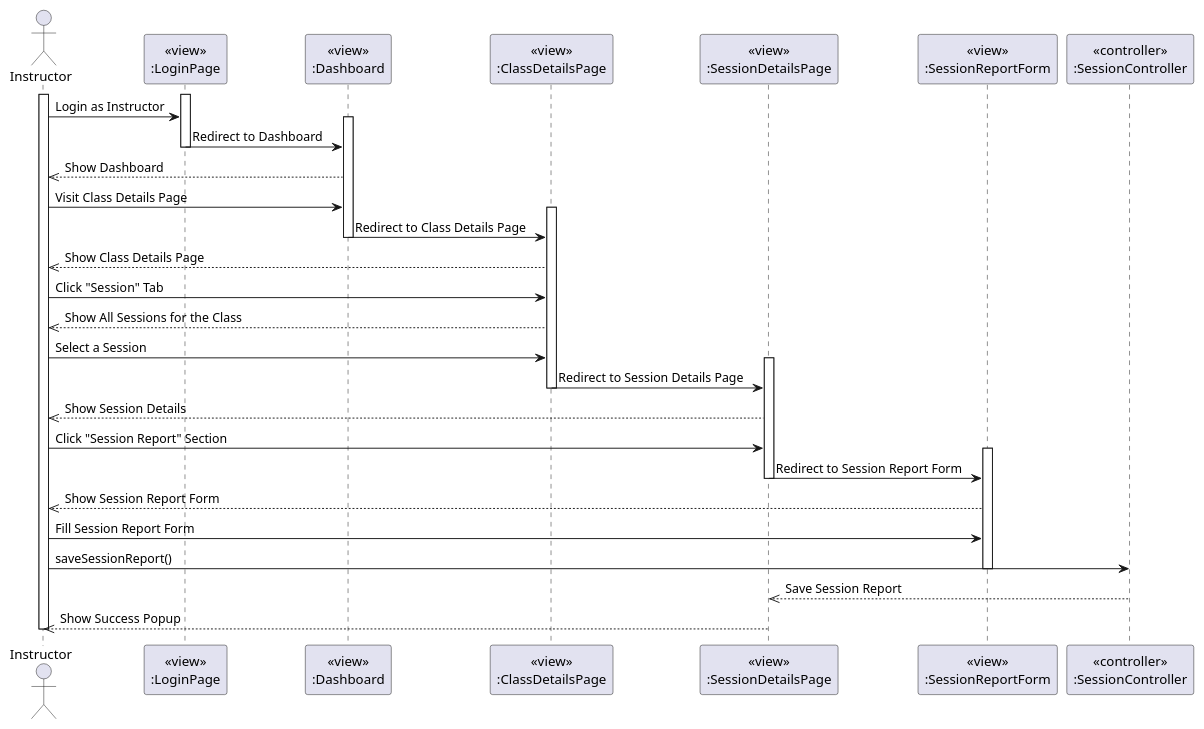
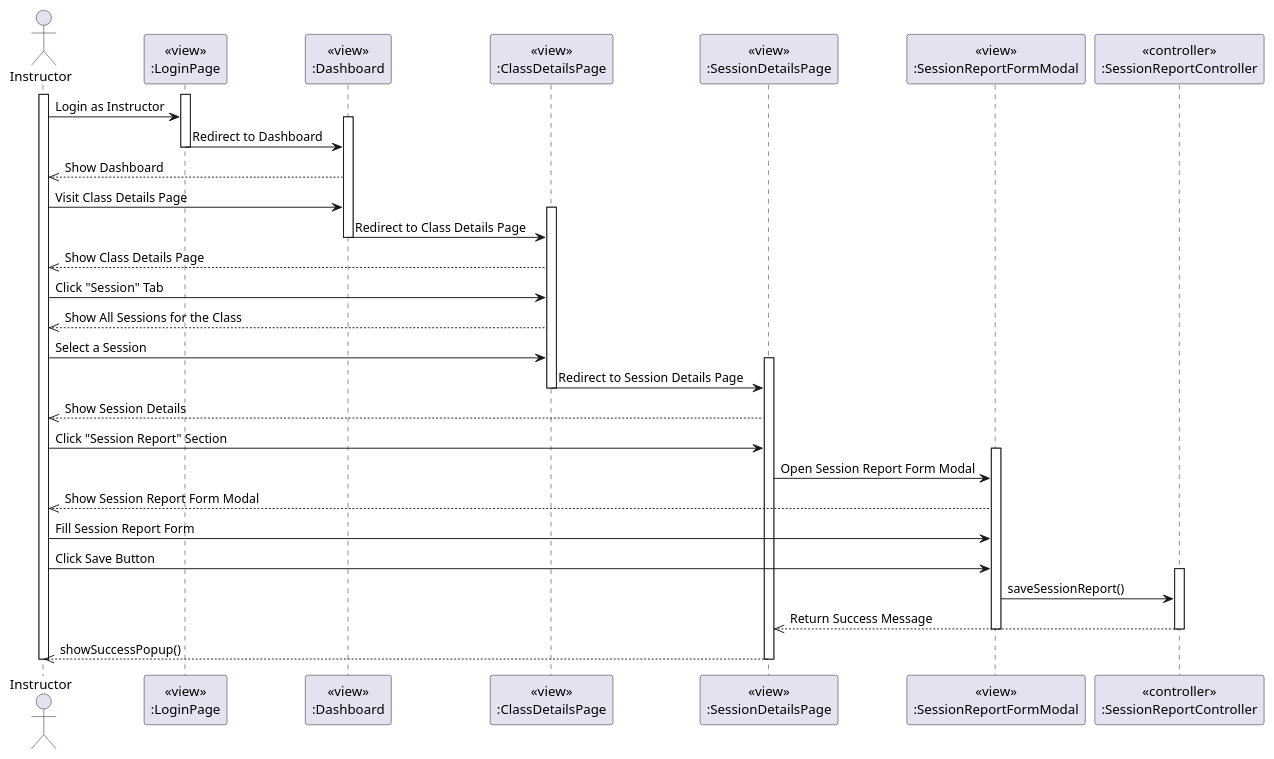
Before and after one commit to felixpherry/Lecturna-UML: the diagram in 086. Add Session Report/Sequence Diagram.puml, drawn with PlantUML. The commit also changed 82 other files, not shown here.

Commit message:
Fix: Sequence Diagrams

```diff
--- a/086. Add Session Report/Sequence Diagram.puml
+++ b/086. Add Session Report/Sequence Diagram.puml
@@ -1,78 +1,79 @@
 @startuml AddSessionReport
 actor Instructor
 participant LoginPageView [
   <<view>>
   :LoginPage
 ]
 
 participant DashboardView [
   <<view>>
   :Dashboard
 ]
 
 participant ClassDetailsPageView [
   <<view>>
   :ClassDetailsPage
 ]
 
 participant SessionDetailsPageView [
   <<view>>
   :SessionDetailsPage
 ]
 
-participant SessionReportFormView [
+participant SessionReportFormModalView [
   <<view>>
-  :SessionReportForm
+  :SessionReportFormModal
 ]
 
-participant SessionController [
+participant SessionReportController [
   <<controller>>
-  :SessionController
+  :SessionReportController
 ]
 
 activate Instructor
 activate LoginPageView
 Instructor -> LoginPageView: Login as Instructor
 activate DashboardView
 LoginPageView -> DashboardView: Redirect to Dashboard
 deactivate LoginPageView
 
 DashboardView -->> Instructor: Show Dashboard
 
 Instructor -> DashboardView: Visit Class Details Page
 activate ClassDetailsPageView
 DashboardView -> ClassDetailsPageView: Redirect to Class Details Page
 deactivate DashboardView
 
 ClassDetailsPageView -->> Instructor: Show Class Details Page
 
 Instructor -> ClassDetailsPageView: Click "Session" Tab
 ClassDetailsPageView -->> Instructor: Show All Sessions for the Class
 
 Instructor -> ClassDetailsPageView: Select a Session
 activate SessionDetailsPageView
 ClassDetailsPageView -> SessionDetailsPageView: Redirect to Session Details Page
 deactivate ClassDetailsPageView
 
 SessionDetailsPageView -->> Instructor: Show Session Details
 
 Instructor -> SessionDetailsPageView: Click "Session Report" Section
-activate SessionReportFormView
-SessionDetailsPageView -> SessionReportFormView: Redirect to Session Report Form
+activate SessionReportFormModalView
+SessionDetailsPageView -> SessionReportFormModalView: Open Session Report Form Modal
+
+SessionReportFormModalView -->> Instructor: Show Session Report Form Modal
+
+Instructor -> SessionReportFormModalView: Fill Session Report Form
+Instructor -> SessionReportFormModalView: Click Save Button
+activate SessionReportController
+SessionReportFormModalView -> SessionReportController: saveSessionReport()
+SessionReportController -->> SessionDetailsPageView: Return Success Message
+deactivate SessionReportController
+deactivate SessionReportFormModalView
+SessionDetailsPageView -->> Instructor: showSuccessPopup()
+
 deactivate SessionDetailsPageView
-
-SessionReportFormView -->> Instructor: Show Session Report Form
-
-Instructor -> SessionReportFormView: Fill Session Report Form
-Instructor -> SessionController: saveSessionReport()
-deactivate SessionReportFormView
-
-SessionController -->> SessionDetailsPageView: Save Session Report
-SessionDetailsPageView -->> Instructor: Show Success Popup
-
 deactivate Instructor
 deactivate ClassDetailsPageView
 deactivate SessionDetailsPageView
-deactivate SessionReportFormView
-deactivate SessionController
+deactivate SessionReportFormModalView
 @enduml
```
